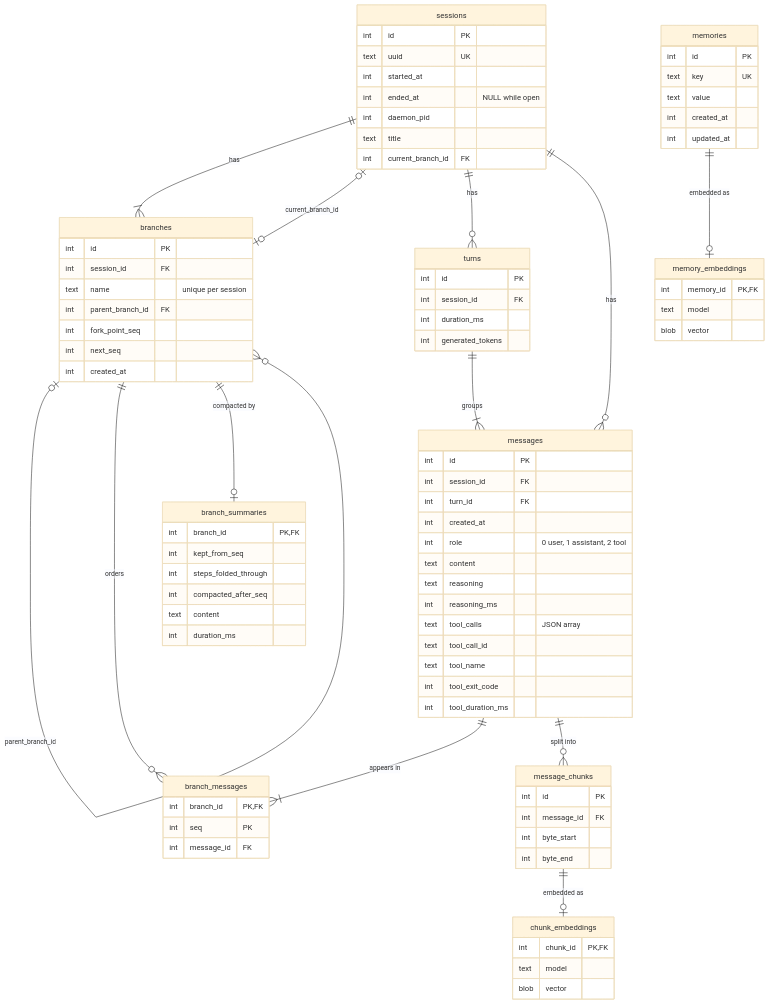
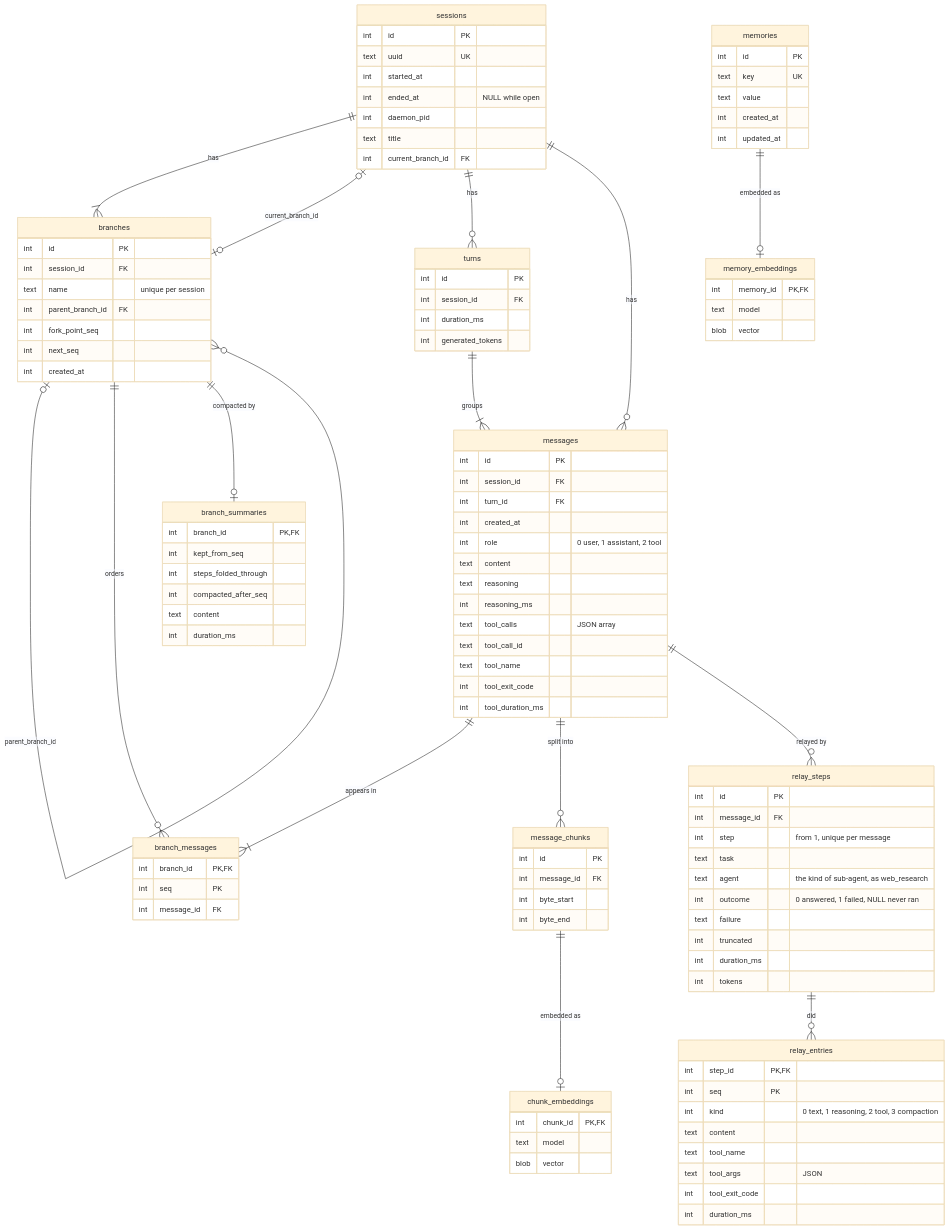
One commit to gnolruf/assistd changed the diagram in docs/database.md. Above: the diagram before and after it, drawn with Mermaid (base theme). The commit also changed other lines of this file and 80 other files, not shown here.

```diff
--- a/docs/database.md
+++ b/docs/database.md
@@ -20,6 +20,8 @@
     messages ||--|{ branch_messages : "appears in"
     branches ||--o| branch_summaries : "compacted by"
     messages ||--o{ message_chunks : "split into"
+    messages ||--o{ relay_steps : "relayed by"
+    relay_steps ||--o{ relay_entries : "did"
     message_chunks ||--o| chunk_embeddings : "embedded as"
     memories ||--o| memory_embeddings : "embedded as"
 
@@ -75,6 +77,28 @@
         text content
         int duration_ms
     }
+    relay_steps {
+        int id PK
+        int message_id FK
+        int step "from 1, unique per message"
+        text task
+        text agent "the kind of sub-agent, as web_research"
+        int outcome "0 answered, 1 failed, NULL never ran"
+        text failure
+        int truncated
+        int duration_ms
+        int tokens
+    }
+    relay_entries {
+        int step_id PK, FK
+        int seq PK
+        int kind "0 text, 1 reasoning, 2 tool, 3 compaction"
+        text content
+        text tool_name
+        text tool_args "JSON"
+        int tool_exit_code
+        int duration_ms
+    }
     memories {
         int id PK
         text key UK
```
